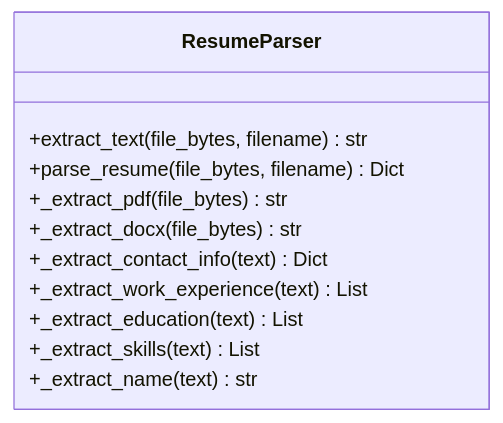
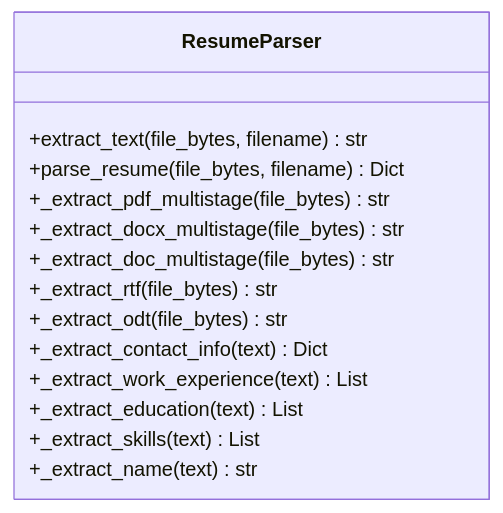
Before and after one commit to Revanththetalogics/aireume: the third of 18 diagrams in .qoder/repowiki/en/content/Analysis Engine/Parser Service.md, drawn with Mermaid. The commit also changed other lines of this file and 20 other files, not shown here.

````diff
--- a/.qoder/repowiki/en/content/Analysis Engine/Parser Service.md
+++ b/.qoder/repowiki/en/content/Analysis Engine/Parser Service.md
@@ -182,14 +212,17 @@
 ```mermaid
 classDiagram
 class ResumeParser {
 +extract_text(file_bytes, filename) str
 +parse_resume(file_bytes, filename) Dict
-+_extract_pdf(file_bytes) str
-+_extract_docx(file_bytes) str
++_extract_pdf_multistage(file_bytes) str
++_extract_docx_multistage(file_bytes) str
++_extract_doc_multistage(file_bytes) str
++_extract_rtf(file_bytes) str
++_extract_odt(file_bytes) str
 +_extract_contact_info(text) Dict
 +_extract_work_experience(text) List
 +_extract_education(text) List
 +_extract_skills(text) List
 +_extract_name(text) str
 }
 ```
````
